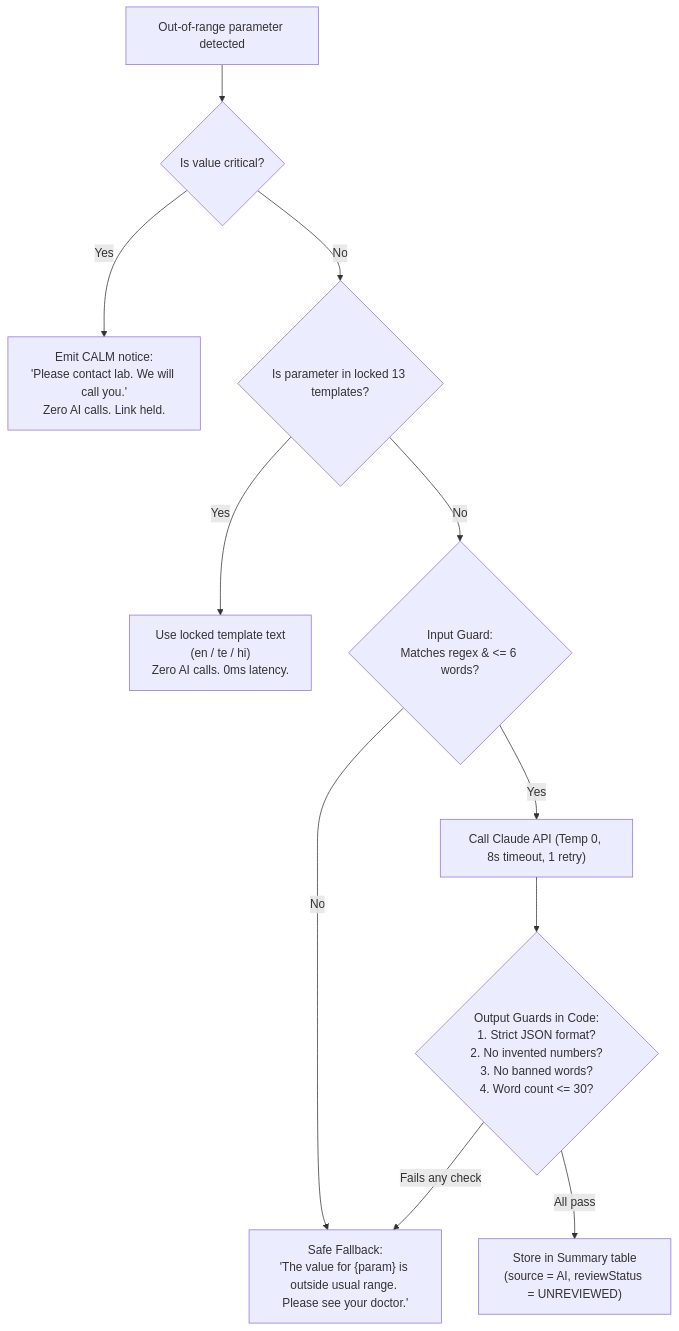
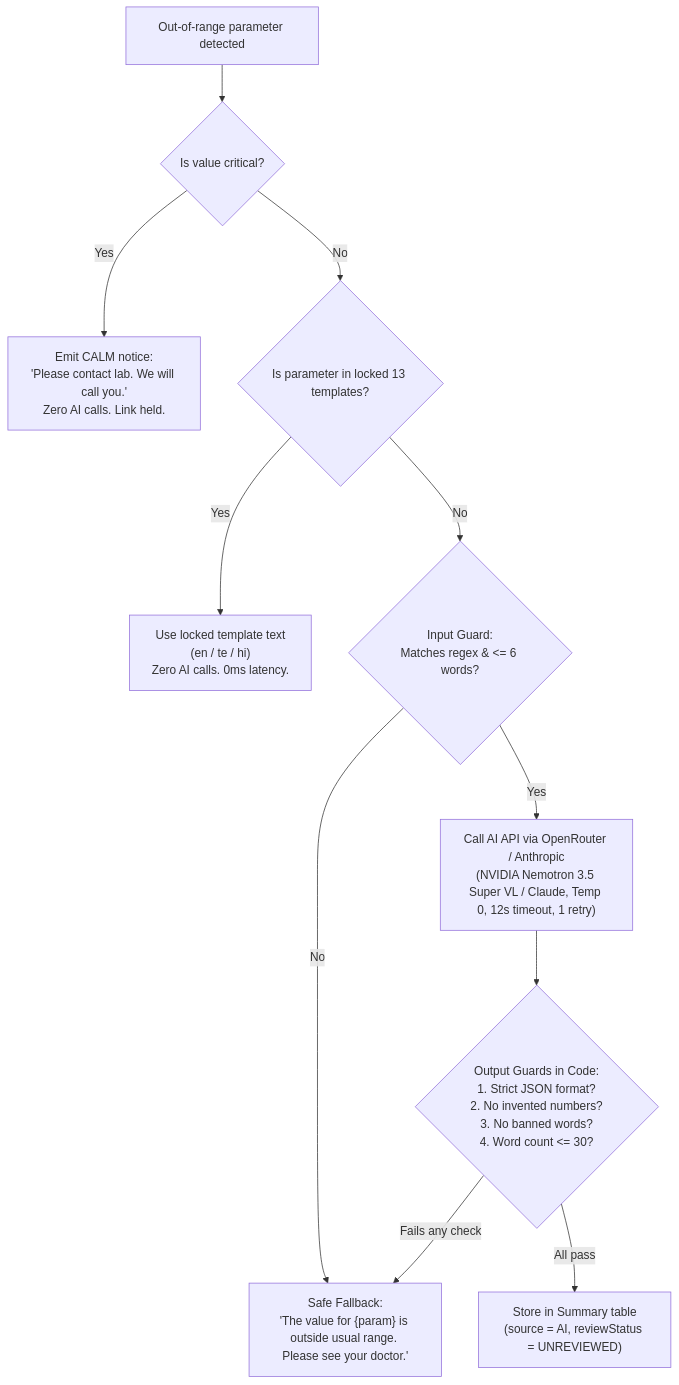
The seventh of 7 diagrams in docs/TDD.md (PrashantTarbundiya/lab-portal), drawn with Mermaid before and after one commit. The commit also changed 4 other files, not shown here.

Commit message:
feat(ai): integrate OpenRouter with NVIDIA Nemotron 3.5 Super VL model

````diff
--- a/docs/TDD.md
+++ b/docs/TDD.md
@@ -307,13 +307,13 @@
 ```mermaid
 flowchart TD
     START["Out-of-range parameter detected"] --> CRIT{"Is value critical?"}
     CRIT -->|"Yes"| CALM["Emit CALM notice:\n'Please contact lab. We will call you.'\nZero AI calls. Link held."]
     CRIT -->|"No"| TEMPL{"Is parameter in locked 13 templates?"}
     TEMPL -->|"Yes"| USE_TEMPL["Use locked template text\n(en / te / hi)\nZero AI calls. 0ms latency."]
     TEMPL -->|"No"| IN_GUARD{"Input Guard:\nMatches regex & <= 6 words?"}
     IN_GUARD -->|"No"| FALLBACK["Safe Fallback:\n'The value for {param} is outside usual range. Please see your doctor.'"]
-    IN_GUARD -->|"Yes"| AI_CALL["Call Claude API (Temp 0, 8s timeout, 1 retry)"]
+    IN_GUARD -->|"Yes"| AI_CALL["Call AI API via OpenRouter / Anthropic\n(NVIDIA Nemotron 3.5 Super VL / Claude, Temp 0, 12s timeout, 1 retry)"]
     AI_CALL --> OUT_GUARD{"Output Guards in Code:\n1. Strict JSON format?\n2. No invented numbers?\n3. No banned words?\n4. Word count <= 30?"}
     OUT_GUARD -->|"Fails any check"| FALLBACK
     OUT_GUARD -->|"All pass"| CACHE["Store in Summary table\n(source = AI, reviewStatus = UNREVIEWED)"]
 ```
````
